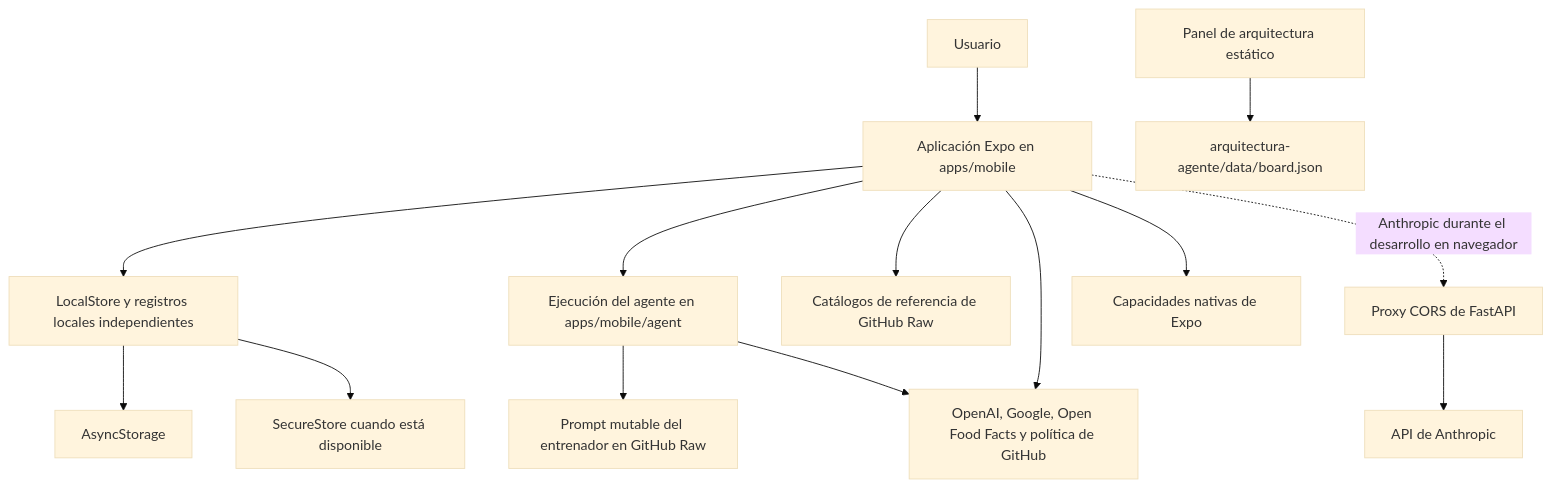
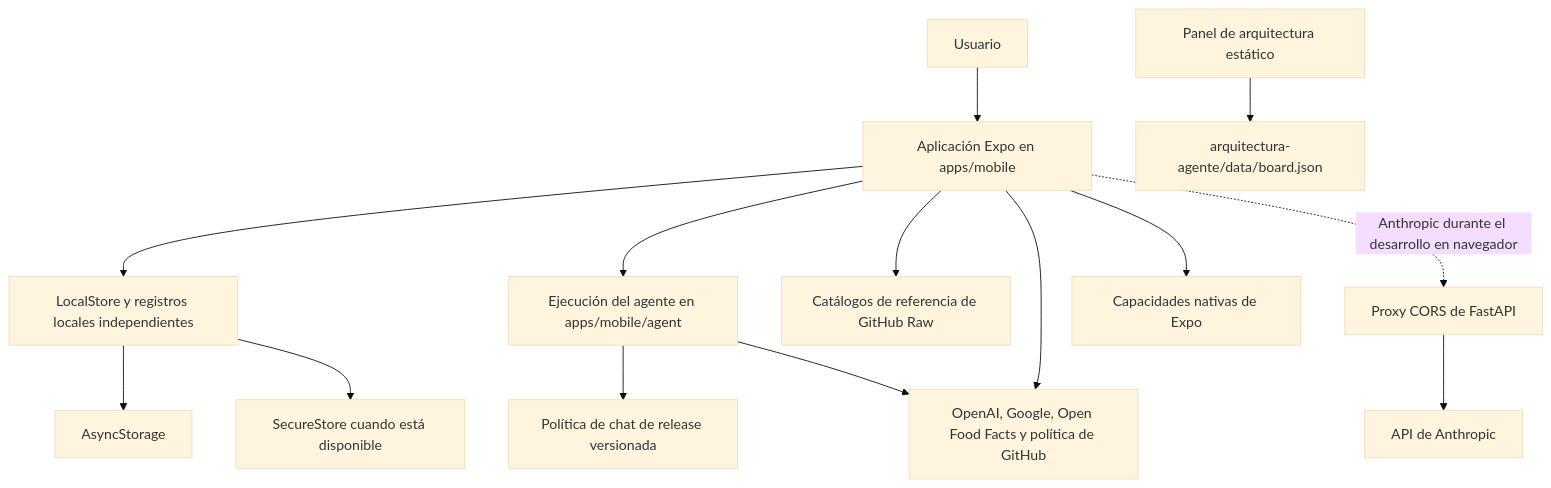
The diagram in openwiki/architecture/overview.md (maximofn/gymnasia), drawn with Mermaid (base theme) before and after one commit. The commit also changed other lines of this file and 14 other files, not shown here.

````diff
--- a/openwiki/architecture/overview.md
+++ b/openwiki/architecture/overview.md
@@ -16,16 +16,16 @@
 ```mermaid
 flowchart TD
     User["Usuario"] --> Shell["Aplicación Expo en apps/mobile"]
     Shell --> State["LocalStore y registros locales independientes"]
     State --> AS["AsyncStorage"]
     State --> SS["SecureStore cuando está disponible"]
     Shell --> Agent["Ejecución del agente en apps/mobile/agent"]
     Shell --> Catalogs["Catálogos de referencia de GitHub Raw"]
-    Agent --> Prompt["Prompt mutable del entrenador en GitHub Raw"]
+    Agent --> Prompt["Política de chat de release versionada"]
     Shell --> APIs["OpenAI, Google, Open Food Facts y política de GitHub"]
     Agent --> APIs
     Shell --> Native["Capacidades nativas de Expo"]
     Shell -. "Anthropic durante el desarrollo en navegador" .-> Proxy["Proxy CORS de FastAPI"]
     Proxy --> Anthropic["API de Anthropic"]
     Board["Panel de arquitectura estático"] --> BoardData["arquitectura-agente/data/board.json"]
 ```
````
